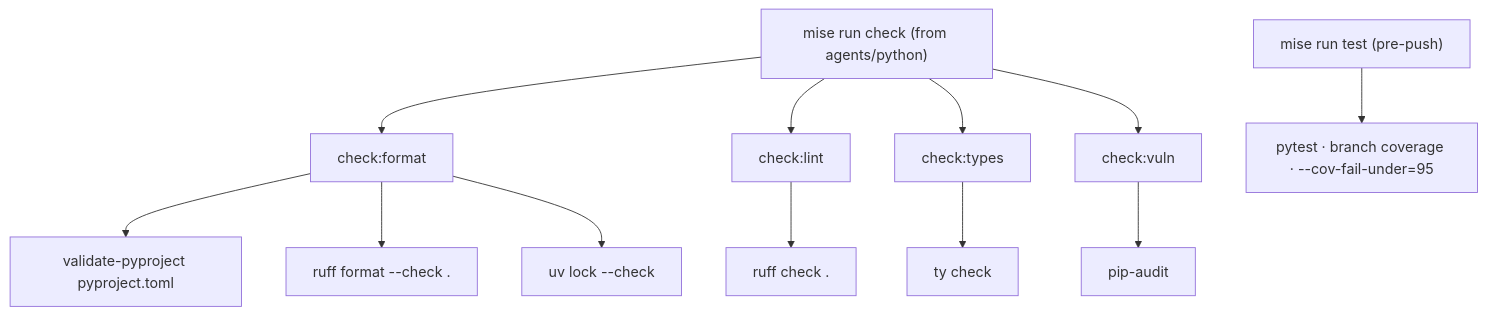
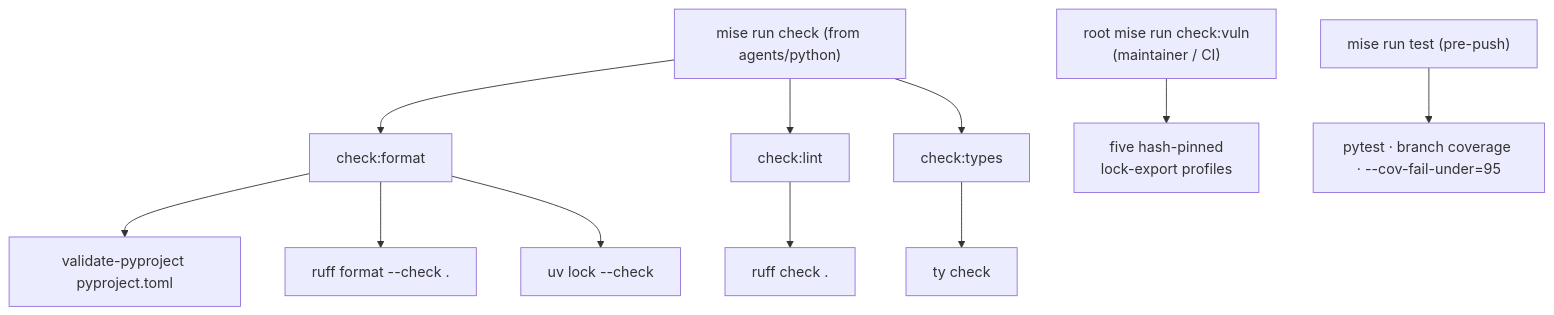
The second of 2 diagrams in docs/1. Setup/1.1. Python.md (LuiGGi629/agentops-open-course), drawn with Mermaid before and after one commit. The commit also changed other lines of this file and 160 other files, not shown here.

````diff
--- a/docs/1. Setup/1.1. Python.md
+++ b/docs/1. Setup/1.1. Python.md
@@ -113,14 +128,13 @@
 ```mermaid
 flowchart TD
     C["mise run check (from agents/python)"] --> CF["check:format"]
     C --> CL["check:lint"]
     C --> CT["check:types"]
-    C --> CV["check:vuln"]
     CF --> CF1["validate-pyproject pyproject.toml"]
     CF --> CF2["ruff format --check ."]
     CF --> CF3["uv lock --check"]
     CL --> CL1["ruff check ."]
     CT --> CT1["ty check"]
-    CV --> CV1["pip-audit"]
+    V["root mise run check:vuln<br/>(maintainer / CI)"] --> V1["five hash-pinned<br/>lock-export profiles"]
     T["mise run test (pre-push)"] --> T1["pytest · branch coverage · --cov-fail-under=95"]
 ```
````
